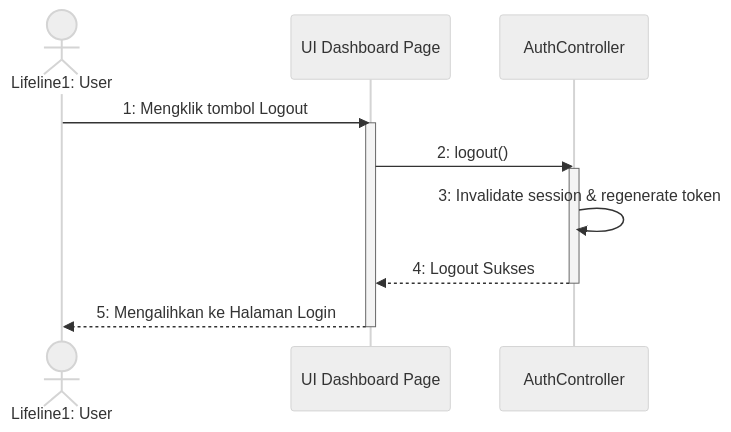
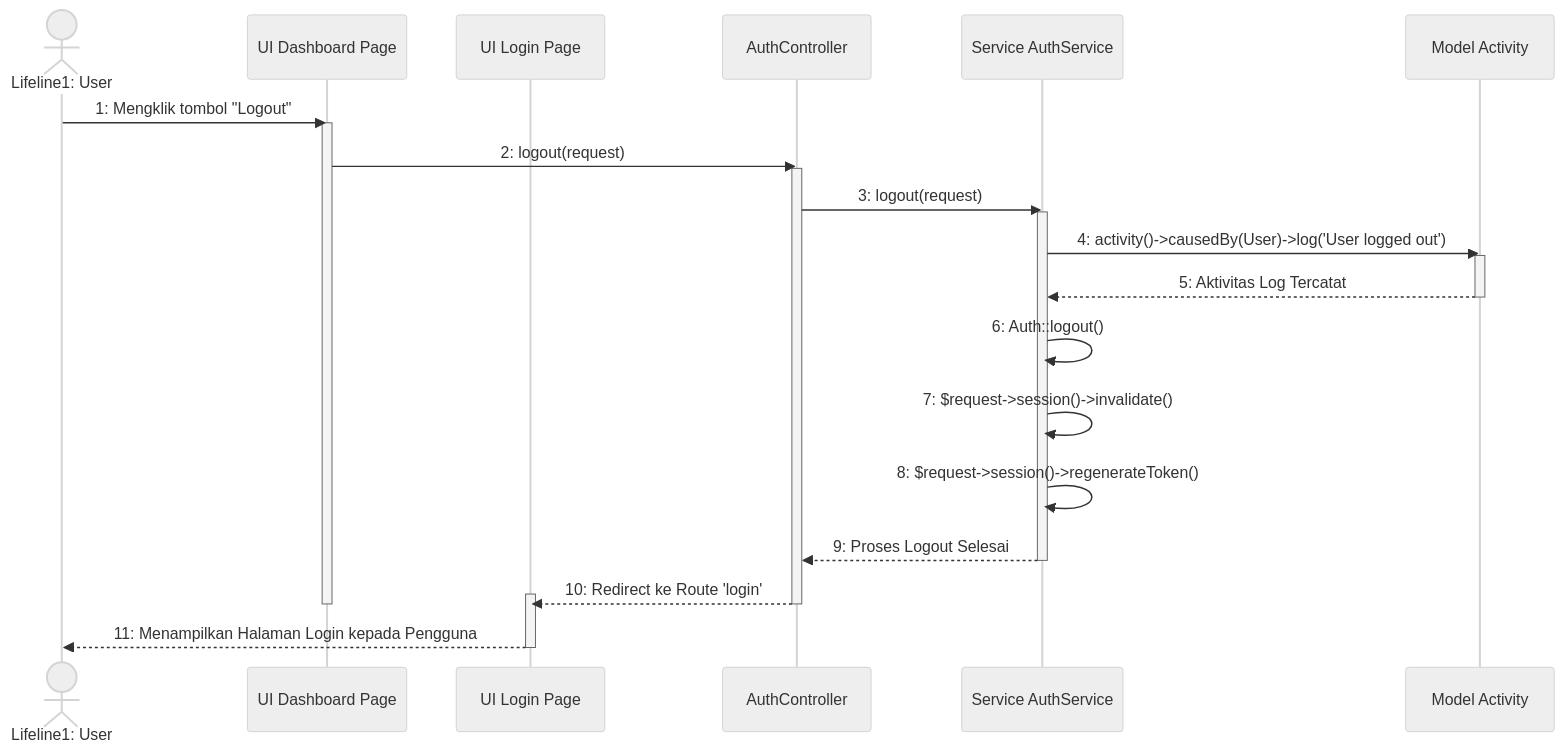
One commit to Duandi04/ta_submission changed the diagram in docs/uml/Sequence Diagram/User/sequence_diagram_logout.md. Above: the diagram before and after it, drawn with Mermaid (neutral theme). The commit also changed 9 other files, not shown here.

Commit message:
refactor: standardize sequence diagrams by updating controller response flows and adding explicit service/facade participants

````diff
--- a/docs/uml/Sequence Diagram/User/sequence_diagram_logout.md
+++ b/docs/uml/Sequence Diagram/User/sequence_diagram_logout.md
@@ -5,16 +5,38 @@
 ```mermaid
 sequenceDiagram
     actor User as Lifeline1: User
-    participant UI as UI Dashboard Page
+    participant UI_Dash as UI Dashboard Page
+    participant UI_Login as UI Login Page
     participant Ctrl as AuthController
+    participant S_Auth as Service AuthService
+    participant M_Activity as Model Activity
 
-    User->>UI: 1: Mengklik tombol Logout
-    activate UI
-    UI->>Ctrl: 2: logout()
+    User->>UI_Dash: 1: Mengklik tombol "Logout"
+    activate UI_Dash
+    UI_Dash->>Ctrl: 2: logout(request)
     activate Ctrl
-    Ctrl->>Ctrl: 3: Invalidate session & regenerate token
-    Ctrl-->>UI: 4: Logout Sukses
+    
+    Ctrl->>S_Auth: 3: logout(request)
+    activate S_Auth
+    
+    %% Inside Service
+    S_Auth->>M_Activity: 4: activity()->causedBy(User)->log('User logged out')
+    activate M_Activity
+    M_Activity-->>S_Auth: 5: Aktivitas Log Tercatat
+    deactivate M_Activity
+    
+    S_Auth->>S_Auth: 6: Auth::logout()
+    S_Auth->>S_Auth: 7: $request->session()->invalidate()
+    S_Auth->>S_Auth: 8: $request->session()->regenerateToken()
+    
+    S_Auth-->>Ctrl: 9: Proses Logout Selesai
+    deactivate S_Auth
+    
+    Ctrl-->>UI_Login: 10: Redirect ke Route 'login'
     deactivate Ctrl
-    UI-->>User: 5: Mengalihkan ke Halaman Login
-    deactivate UI
+    activate UI_Login
+    deactivate UI_Dash
+    
+    UI_Login-->>User: 11: Menampilkan Halaman Login kepada Pengguna
+    deactivate UI_Login
 ```
````
